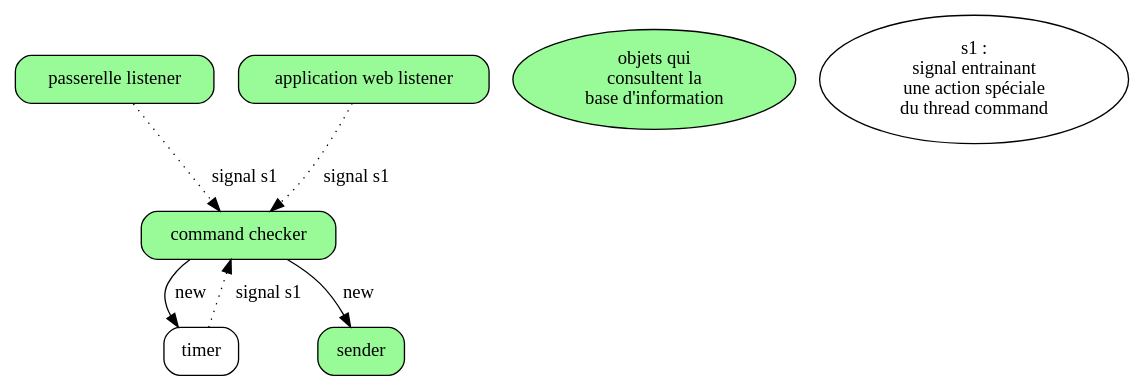
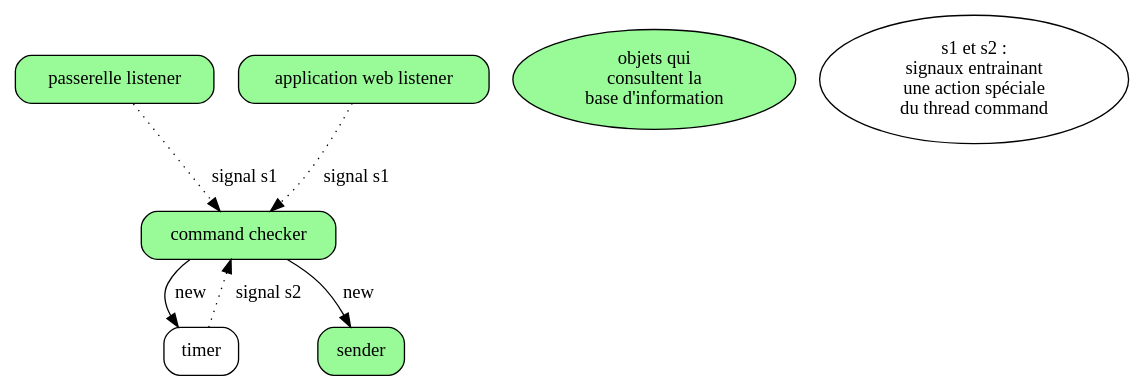
Before and after one commit to vzantedeschi/aubergeDuMonstre: the diagram in Conception/threads.dot, drawn with Graphviz. The commit also changed 3 other files, not shown here.

First line of the commit message:
ajout d un diagramme de classe pour la base d information

```diff
--- a/Conception/threads.dot
+++ b/Conception/threads.dot
@@ -1,16 +1,16 @@
 digraph threads{
     serv -> comm [label=" signal s1", style="dotted" ];
-    timer -> comm [label=" signal s1", style="dotted" ];
+    timer -> comm [label=" signal s2", style="dotted" ];
     comm -> timer [label=" new"];
     comm -> sender [label=" new"];
     app -> comm [label=" signal s1", style="dotted" ];
 
     comm [label="command checker",shape=box,fillcolor="palegreen",style="filled,rounded"];
     serv [label="passerelle listener",shape=box,fillcolor="palegreen",style="filled,rounded"];
     app [label="application web listener",fillcolor="palegreen",shape=box,style="filled,rounded"];
     sender [label="sender",shape=box,fillcolor="palegreen",style="filled,rounded"];
     timer [label="timer",shape=box,style="rounded"];
     
     bi [label="objets qui \nconsultent la \nbase d'information",fillcolor="palegreen",style="filled"];
-    signal [label="s1 : \nsignal entrainant \nune action spéciale\ndu thread command "];
+    signal [label="s1 et s2 : \nsignaux entrainant \nune action spéciale\ndu thread command "];
 }
```
